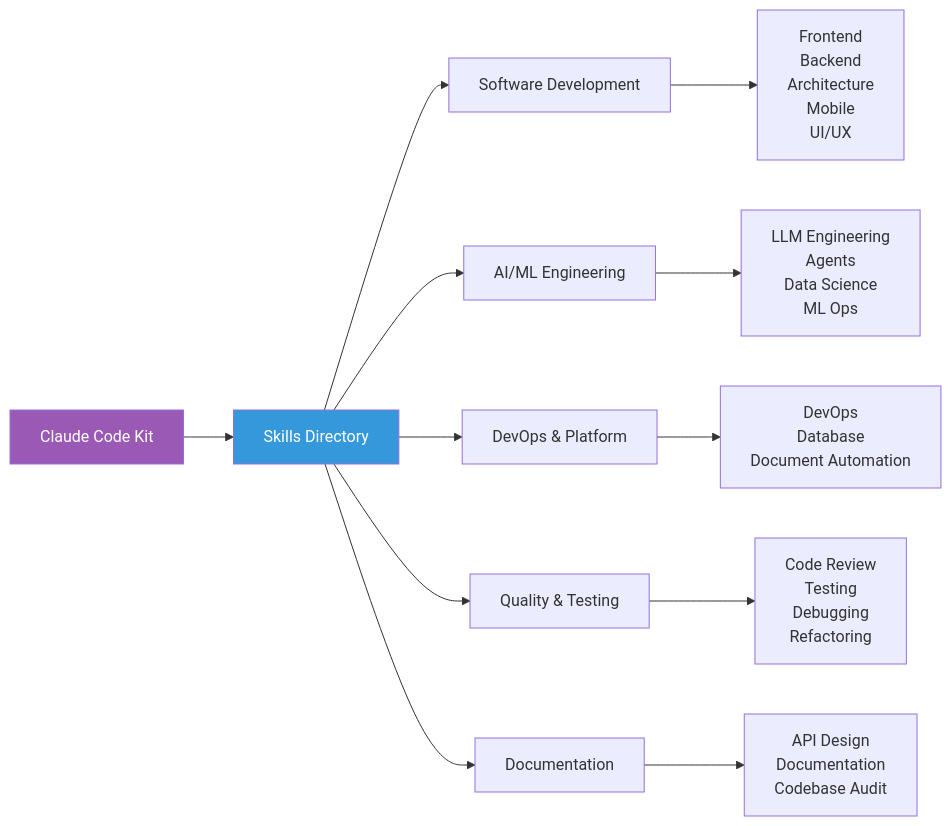
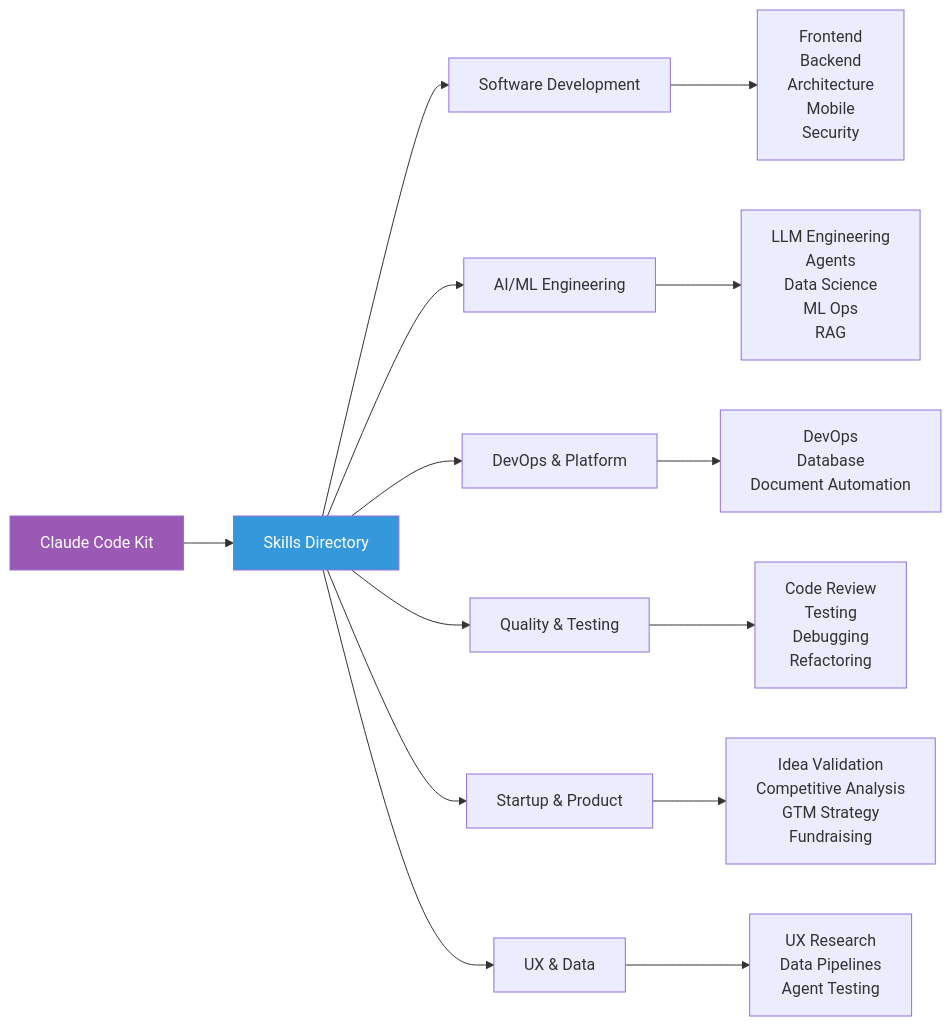
Before and after one commit to vasilyu1983/AI-Agents-public: the second of 4 diagrams in frameworks/README.md, drawn with Mermaid. The commit also changed other lines of this file and 11 other files, not shown here.

````diff
--- a/frameworks/README.md
+++ b/frameworks/README.md
@@ -57,19 +67,21 @@
 ```mermaid
 graph LR
     A[Claude Code Kit] --> B[Skills Directory]
 
     B --> C1[Software Development]
     B --> C2[AI/ML Engineering]
     B --> C3[DevOps & Platform]
     B --> C4[Quality & Testing]
-    B --> C5[Documentation]
+    B --> C5[Startup & Product]
+    B --> C6[UX & Data]
 
-    C1 --> D1[Frontend<br/>Backend<br/>Architecture<br/>Mobile<br/>UI/UX]
-    C2 --> D2[LLM Engineering<br/>Agents<br/>Data Science<br/>ML Ops]
+    C1 --> D1[Frontend<br/>Backend<br/>Architecture<br/>Mobile<br/>Security]
+    C2 --> D2[LLM Engineering<br/>Agents<br/>Data Science<br/>ML Ops<br/>RAG]
     C3 --> D3[DevOps<br/>Database<br/>Document Automation]
     C4 --> D4[Code Review<br/>Testing<br/>Debugging<br/>Refactoring]
-    C5 --> D5[API Design<br/>Documentation<br/>Codebase Audit]
+    C5 --> D5[Idea Validation<br/>Competitive Analysis<br/>GTM Strategy<br/>Fundraising]
+    C6 --> D6[UX Research<br/>Data Pipelines<br/>Agent Testing]
 
     style A fill:#9B59B6,color:#fff
     style B fill:#3498DB,color:#fff
 ```
````
